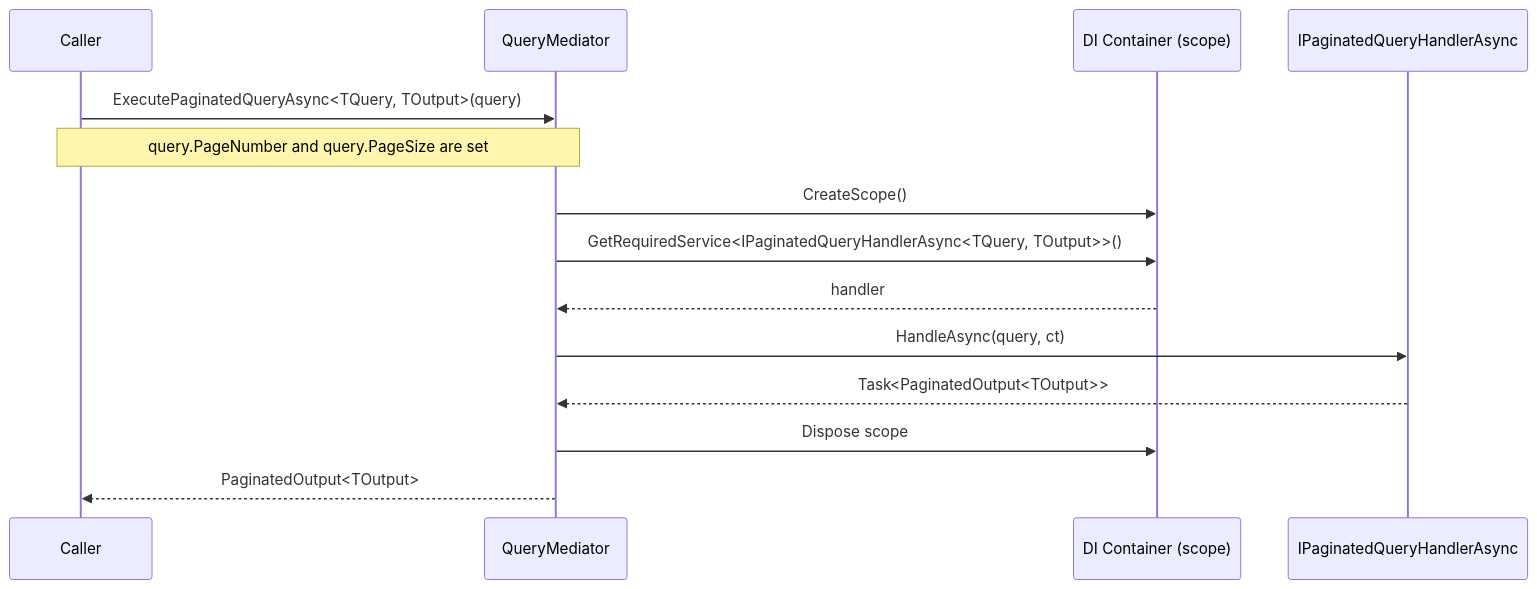
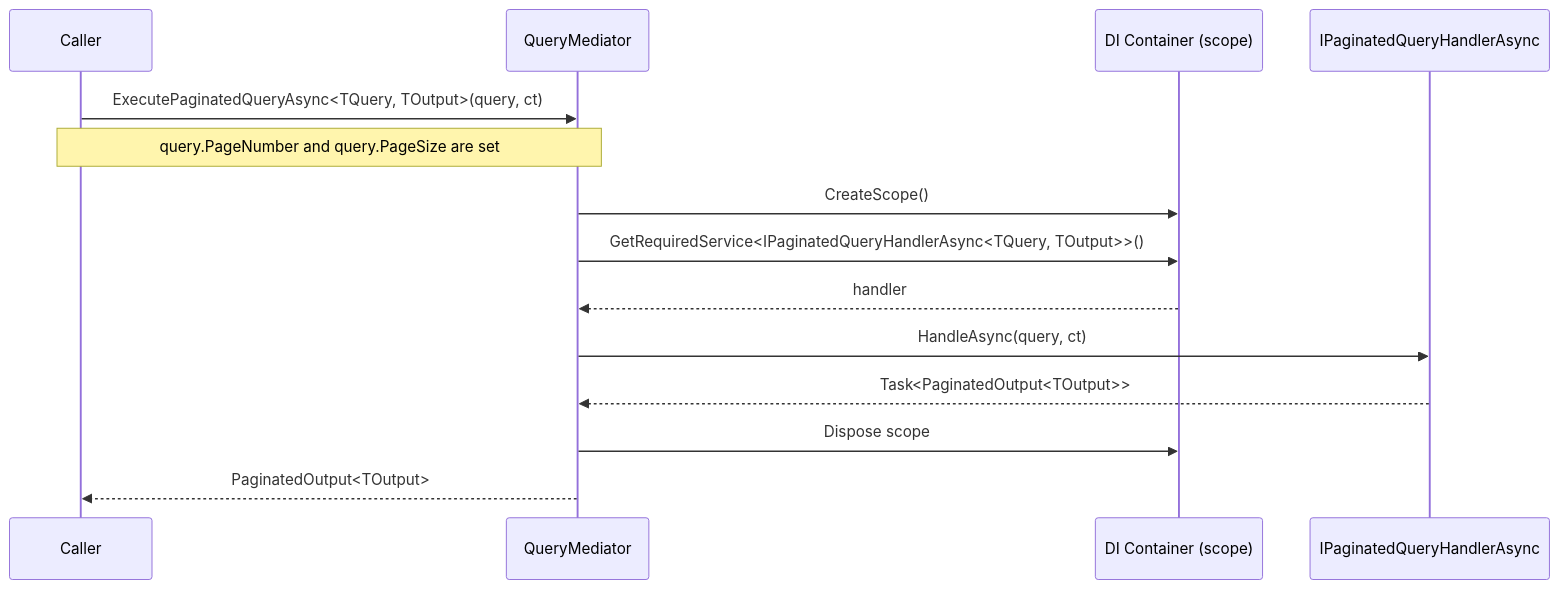
Before and after one commit to artur-rios/dotnet-mediator: the third of 4 diagrams in docs/content/en/docs/query-architecture.md, drawn with Mermaid. The commit also changed other lines of this file and 10 other files, not shown here.

````diff
--- a/docs/content/en/docs/query-architecture.md
+++ b/docs/content/en/docs/query-architecture.md
@@ -191,17 +193,17 @@
 ```mermaid
 sequenceDiagram
     participant Caller
     participant QueryMediator
     participant DI as DI Container (scope)
     participant Handler as IPaginatedQueryHandlerAsync
 
-    Caller->>QueryMediator: ExecutePaginatedQueryAsync<TQuery, TOutput>(query)
+    Caller->>QueryMediator: ExecutePaginatedQueryAsync<TQuery, TOutput>(query, ct)
     note over Caller,QueryMediator: query.PageNumber and query.PageSize are set
     QueryMediator->>DI: CreateScope()
     QueryMediator->>DI: GetRequiredService<IPaginatedQueryHandlerAsync<TQuery, TOutput>>()
     DI-->>QueryMediator: handler
     QueryMediator->>Handler: HandleAsync(query, ct)
     Handler-->>QueryMediator: Task<PaginatedOutput<TOutput>>
     QueryMediator->>DI: Dispose scope
     QueryMediator-->>Caller: PaginatedOutput<TOutput>
 ```
````
